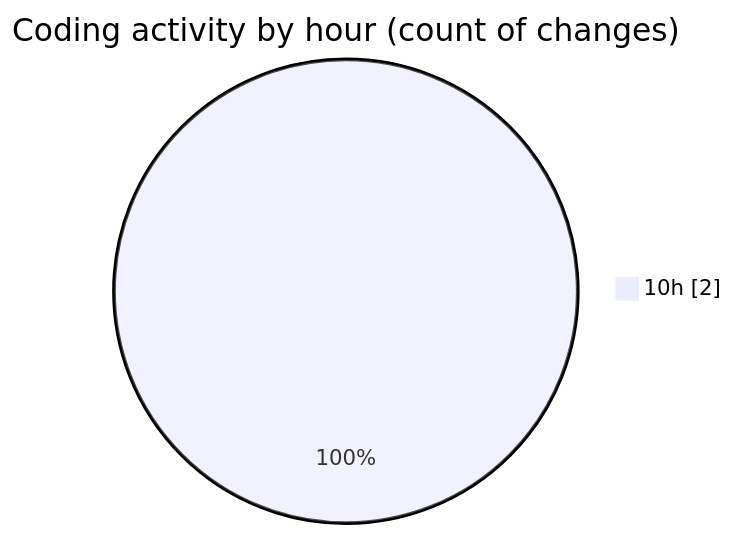
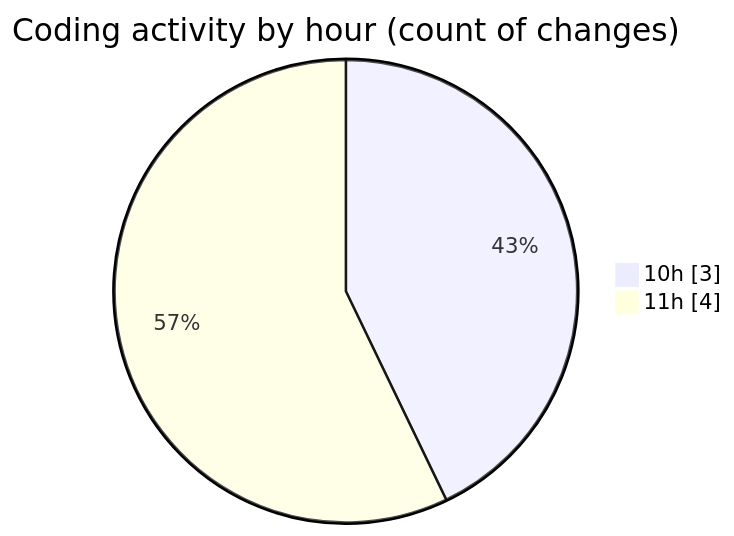
Before and after one commit to charlie-sans/code-tracking: the second of 2 diagrams in 2025-04-28/micro-assembly/README.md, drawn with Mermaid. The commit also changed other lines of this file and 1 other file, not shown here.

````diff
--- a/2025-04-28/micro-assembly/README.md
+++ b/2025-04-28/micro-assembly/README.md
@@ -28,5 +32,6 @@
 ```mermaid
 pie showData
 title Coding activity by hour (count of changes)
-"10h" : 2
+"10h" : 3
+"11h" : 4
 ```
````
